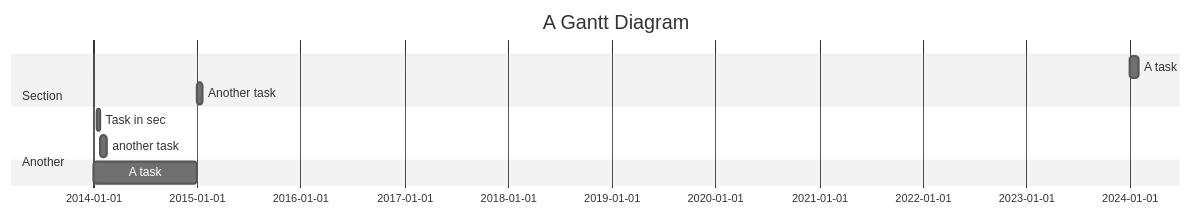
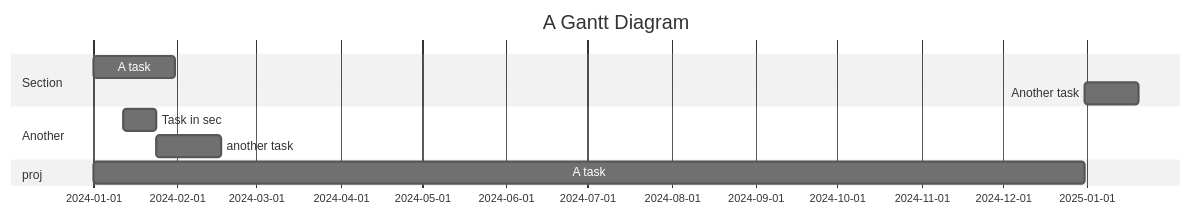
The diagram in all/Code Gantt Chart.md (z9wen/iodraw-files), drawn with Mermaid (neutral theme) before and after one commit.

Commit message:
2024-03-29 10:57:13 update

````diff
--- a/all/Code Gantt Chart.md
+++ b/all/Code Gantt Chart.md
@@ -1,13 +1,13 @@
 ```mermaid
 gantt
     title A Gantt Diagram
     dateFormat  YYYY-MM-DD
     section Section
     A task           :a1, 2024-01-01, 30d
     Another task     :after a1  , 20d
     section Another
-    Task in sec      :2014-01-12  , 12d
+    Task in sec      :2024-01-12  , 12d
     another task      : 24d
-    section Section
-    A task           :a1, 2014-01-01, 365d
+    section proj
+    A task           :a1, 2024-01-01, 365d
 ```
````
